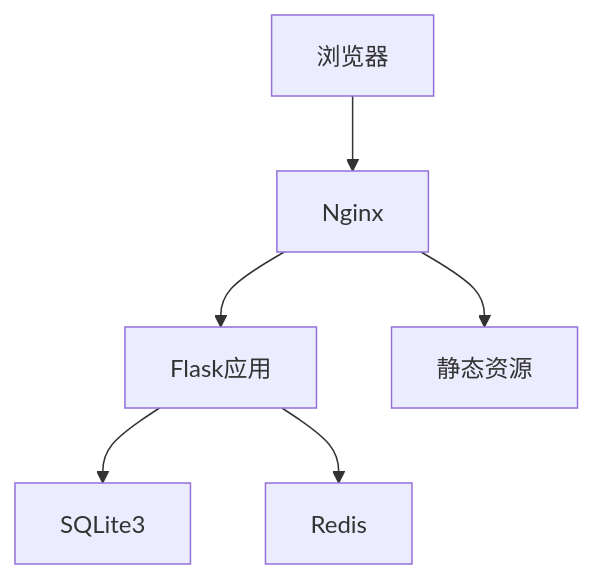
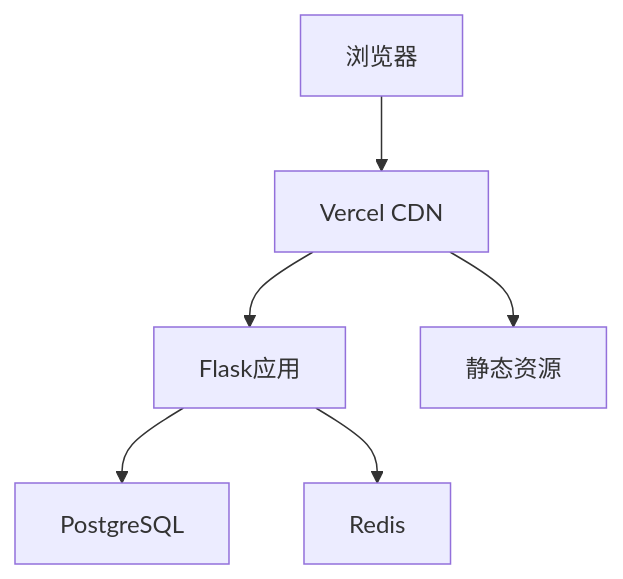
One commit to wyg5208/website_diy changed the third of 3 diagrams in .qoder/repowiki/zh/content/部署配置/部署配置.md. Above: the diagram before and after it, drawn with Mermaid. The commit also changed other lines of this file and 7 other files, not shown here.

````diff
--- a/.qoder/repowiki/zh/content/部署配置/部署配置.md
+++ b/.qoder/repowiki/zh/content/部署配置/部署配置.md
@@ -306,8 +297,8 @@
 ```mermaid
 graph TB
-Nginx["Nginx"] --> Flask["Flask应用"]
-Flask --> SQLite["SQLite3"]
+Vercel["Vercel CDN"] --> Flask["Flask应用"]
+Flask --> PostgreSQL["PostgreSQL"]
 Flask --> Redis["Redis"]
-Nginx --> Static["静态资源"]
-Browser["浏览器"] --> Nginx
+Vercel --> Static["静态资源"]
+Browser["浏览器"] --> Vercel
 ```
````
